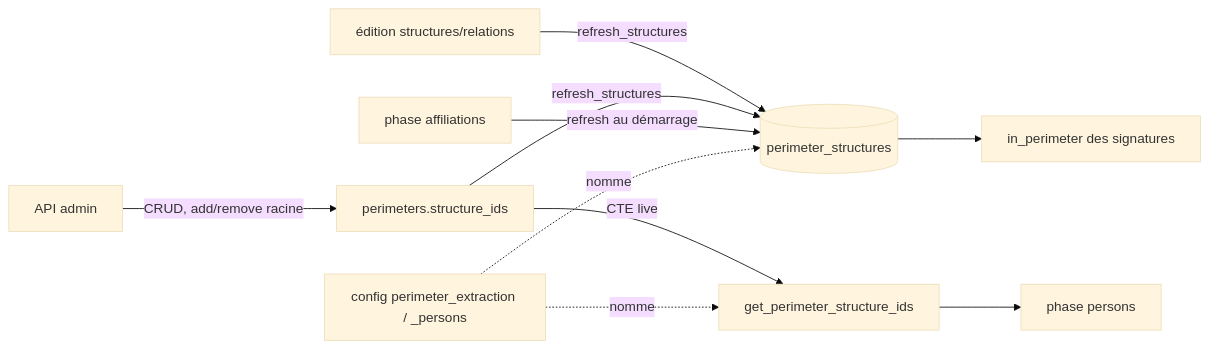
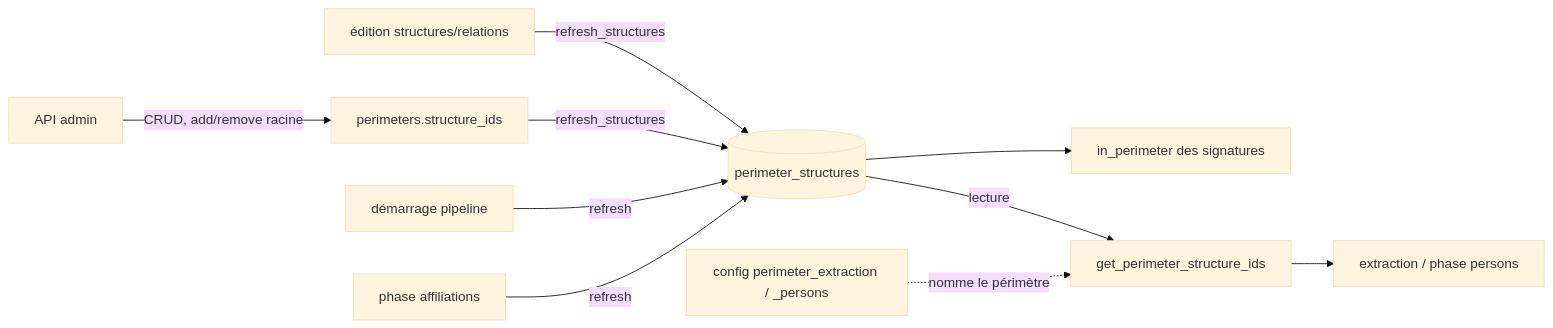
One commit to Y33sha/bibliometrie-uca changed the diagram in docs/agregats/perimetres.md. Above: the diagram before and after it, drawn with Mermaid (base theme). The commit also changed other lines of this file and 2 other files, not shown here.

Commit message:
refactor(perimeter): clôture calculée en un seul endroit, lue depuis la table matérialisée
`get_perimeter_structure_ids` recalculait la clôture récursive (`est_tutelle_de`) par une CTE, dupliquant la logique de `refresh_perimeter_structures`. Il lit maintenant la table matérialisée `perimeter_structures` (jointure sur le code) : la clôture n'a plus qu'une implémentation, et la lecture exclut au passage les racines fantômes (filtre `EXISTS` de la matérialisation).

Pour garantir la fraîcheur avant l'extraction (première phase, qui lit le périmètre d'extraction), `run_pipeline` rematérialise `perimeter_structures` en tête de run ; le refresh de la phase `affiliations` est conservé.

Le point « double calcul de la clôture » du bilan tombe.

````diff
--- a/docs/agregats/perimetres.md
+++ b/docs/agregats/perimetres.md
@@ -18,12 +18,12 @@
 ```mermaid
 flowchart LR
     ADM[API admin] -->|CRUD, add/remove racine| P[perimeters.structure_ids]
     STR[édition structures/relations] -->|refresh_structures| PS[(perimeter_structures)]
     P -->|refresh_structures| PS
-    AFF[phase affiliations] -->|refresh au démarrage| PS
+    START[démarrage pipeline] -->|refresh| PS
+    AFF[phase affiliations] -->|refresh| PS
     PS --> INP[in_perimeter des signatures]
-    P -->|CTE live| LIVE[get_perimeter_structure_ids]
-    LIVE --> PERS[phase persons]
-    CFG[config perimeter_extraction / _persons] -.nomme.-> PS
-    CFG -.nomme.-> LIVE
+    PS -->|lecture| LIVE[get_perimeter_structure_ids]
+    LIVE --> USE[extraction / phase persons]
+    CFG[config perimeter_extraction / _persons] -.nomme le périmètre.-> LIVE
 ```
````
